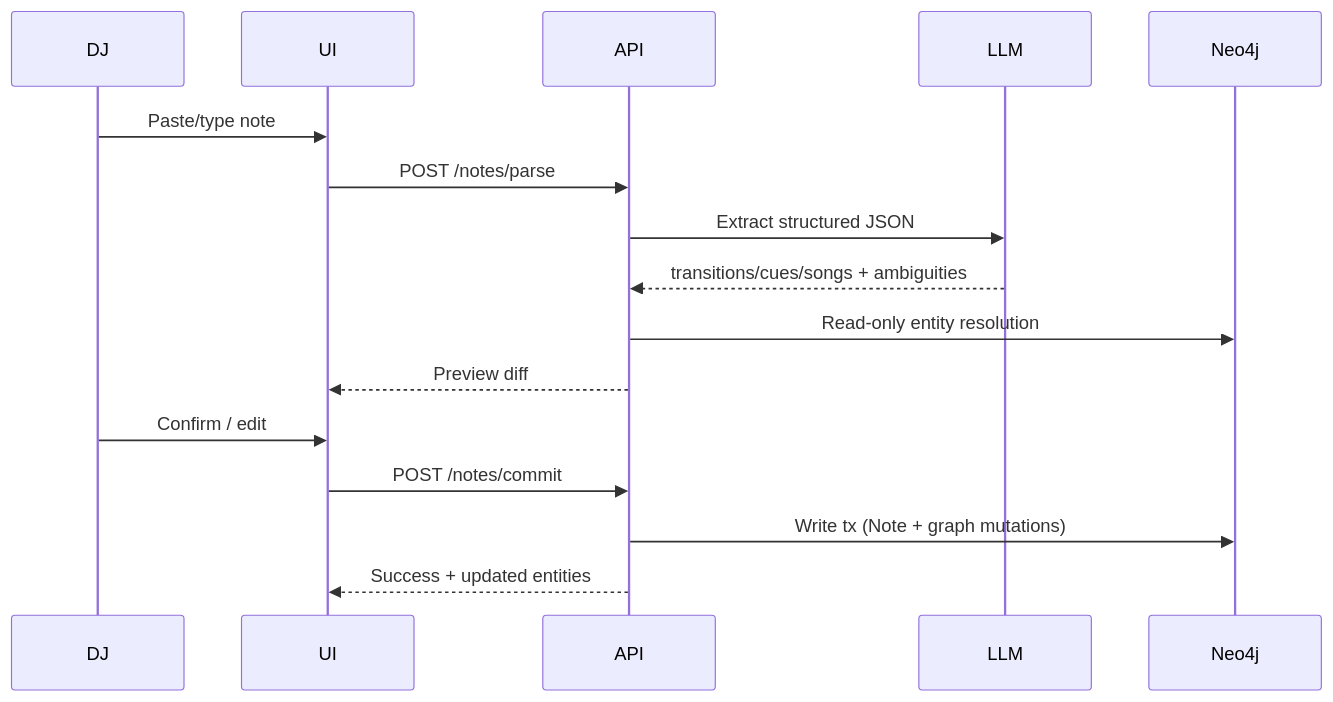
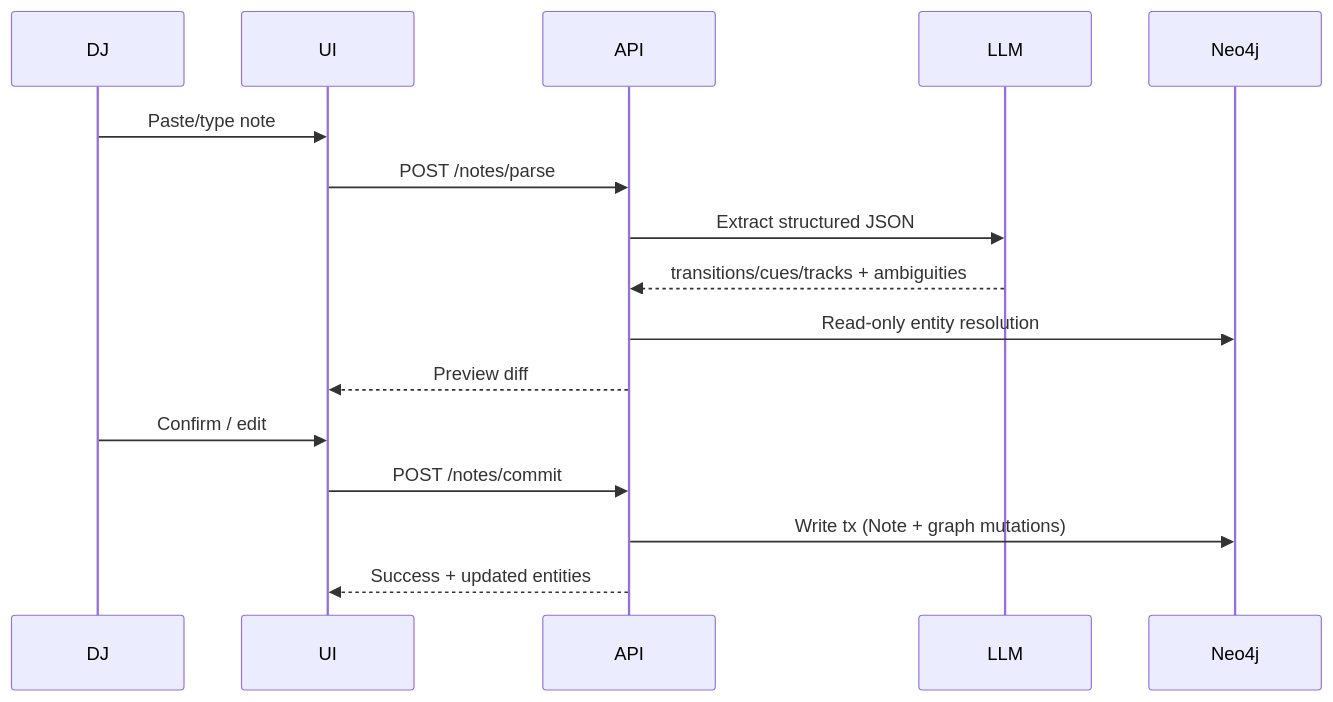
Before and after one commit to astradzhao/selecta: the first of 2 diagrams in dev-files/ARCHITECTURE.md, drawn with Mermaid. The commit also changed other lines of this file and 44 other files, not shown here.

````diff
--- a/dev-files/ARCHITECTURE.md
+++ b/dev-files/ARCHITECTURE.md
@@ -564,19 +564,19 @@
 ```mermaid
 sequenceDiagram
   participant DJ
   participant UI
   participant API
   participant LLM
   participant Neo4j
 
   DJ->>UI: Paste/type note
   UI->>API: POST /notes/parse
   API->>LLM: Extract structured JSON
-  LLM-->>API: transitions/cues/songs + ambiguities
+  LLM-->>API: transitions/cues/tracks + ambiguities
   API->>Neo4j: Read-only entity resolution
   API-->>UI: Preview diff
   DJ->>UI: Confirm / edit
   UI->>API: POST /notes/commit
   API->>Neo4j: Write tx (Note + graph mutations)
   API-->>UI: Success + updated entities
 ```
````
